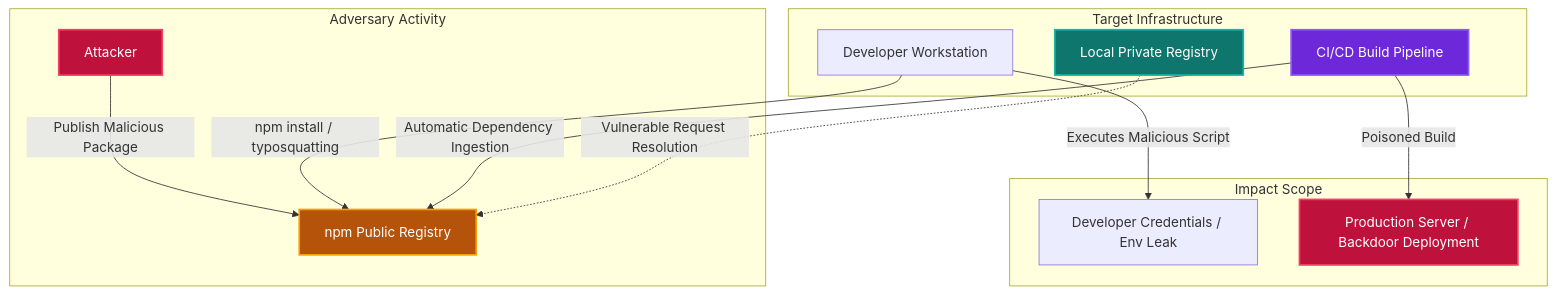
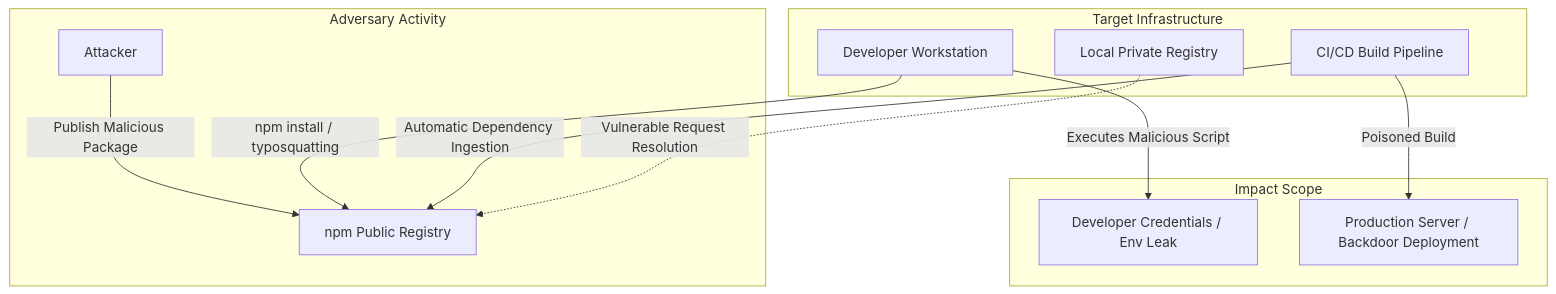
The diagram in website/content/npm-attacks/en.md (yusufarbc/yusufarbc), drawn with Mermaid before and after one commit. The commit also changed 24 other files, not shown here.

````diff
--- a/website/content/npm-attacks/en.md
+++ b/website/content/npm-attacks/en.md
@@ -49,23 +49,17 @@
 ```mermaid
 graph TD
     subgraph Adversary Activity
         Attacker[Attacker] -->|Publish Malicious Package| PublicRegistry[npm Public Registry]
     end
 
     subgraph Target Infrastructure
         Dev[Developer Workstation] -->|npm install / typosquatting| PublicRegistry
         CI_CD[CI/CD Build Pipeline] -->|Automatic Dependency Ingestion| PublicRegistry
         PrivateRegistry[Local Private Registry] -.->|Vulnerable Request Resolution| PublicRegistry
     end
 
     subgraph Impact Scope
         Dev -->|Executes Malicious Script| DevEnv[Developer Credentials / Env Leak]
         CI_CD -->|Poisoned Build| Prod[Production Server / Backdoor Deployment]
     end
-
-    style Attacker fill:#be123c,stroke:#f43f5e,stroke-width:2px,color:#fff;
-    style PublicRegistry fill:#b45309,stroke:#f59e0b,stroke-width:2px,color:#fff;
-    style PrivateRegistry fill:#0f766e,stroke:#14b8a6,stroke-width:2px,color:#fff;
-    style CI_CD fill:#6d28d9,stroke:#8b5cf6,stroke-width:2px,color:#fff;
-    style Prod fill:#be123c,stroke:#f43f5e,stroke-width:2px,color:#fff;
 ```
````
